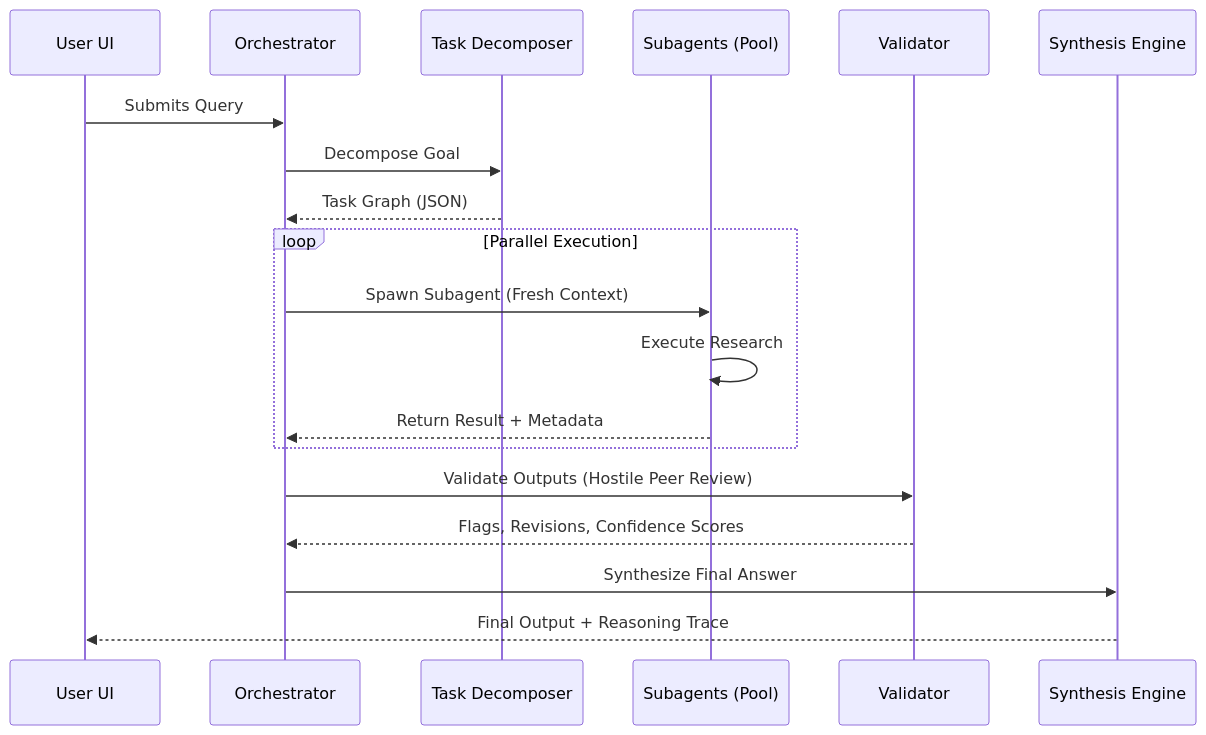
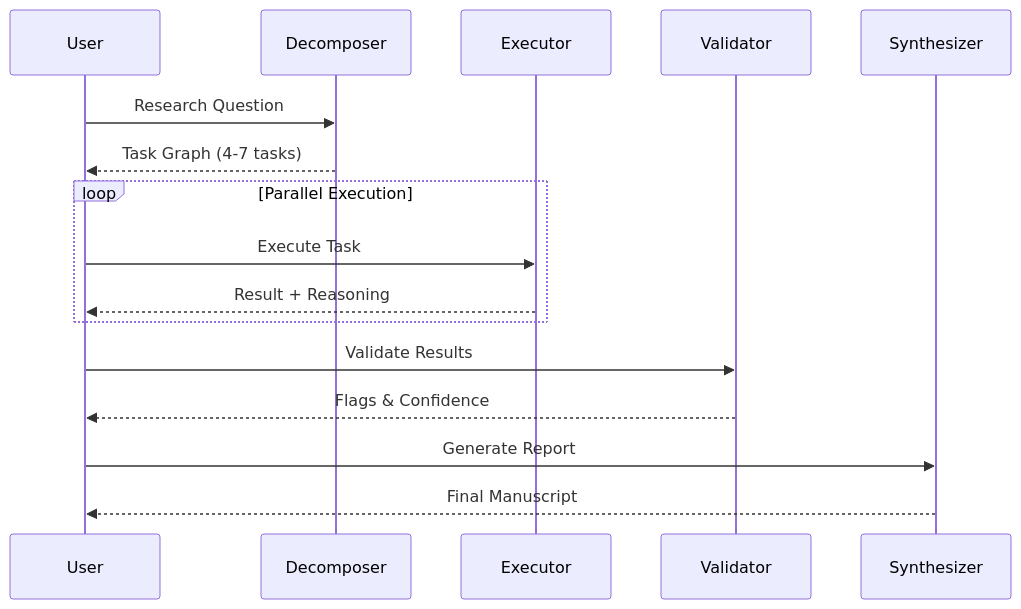
The diagram in README.md (RavaniRoshan/AXiOM), drawn with Mermaid before and after one commit. The commit also changed other lines of this file and 12 other files, not shown here.

First line of the commit message:
V1.0.0: Production-ready AXIOM-ONE Research Engine

````diff
--- a/README.md
+++ b/README.md
@@ -41,25 +30,22 @@
 ```mermaid
 sequenceDiagram
-    participant U as User UI
-    participant O as Orchestrator
-    participant TD as Task Decomposer
-    participant S as Subagents (Pool)
+    participant U as User
+    participant D as Decomposer
+    participant E as Executor
     participant V as Validator
-    participant SE as Synthesis Engine
+    participant S as Synthesizer
 
-    U->>O: Submits Query
-    O->>TD: Decompose Goal
-    TD-->>O: Task Graph (JSON)
-
+    U->>D: Research Question
+    D-->>U: Task Graph (4-7 tasks)
+    
     loop Parallel Execution
-        O->>S: Spawn Subagent (Fresh Context)
-        S->>S: Execute Research
-        S-->>O: Return Result + Metadata
+        U->>E: Execute Task
+        E-->>U: Result + Reasoning
     end
-
-    O->>V: Validate Outputs (Hostile Peer Review)
-    V-->>O: Flags, Revisions, Confidence Scores
-
-    O->>SE: Synthesize Final Answer
-    SE-->>U: Final Output + Reasoning Trace
+    
+    U->>V: Validate Results
+    V-->>U: Flags & Confidence
+    
+    U->>S: Generate Report
+    S-->>U: Final Manuscript
 ```
````
